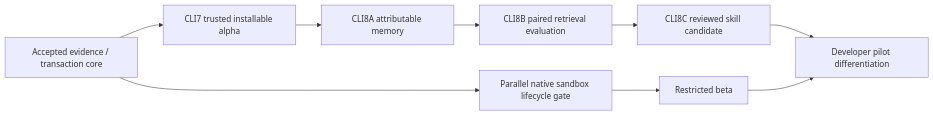
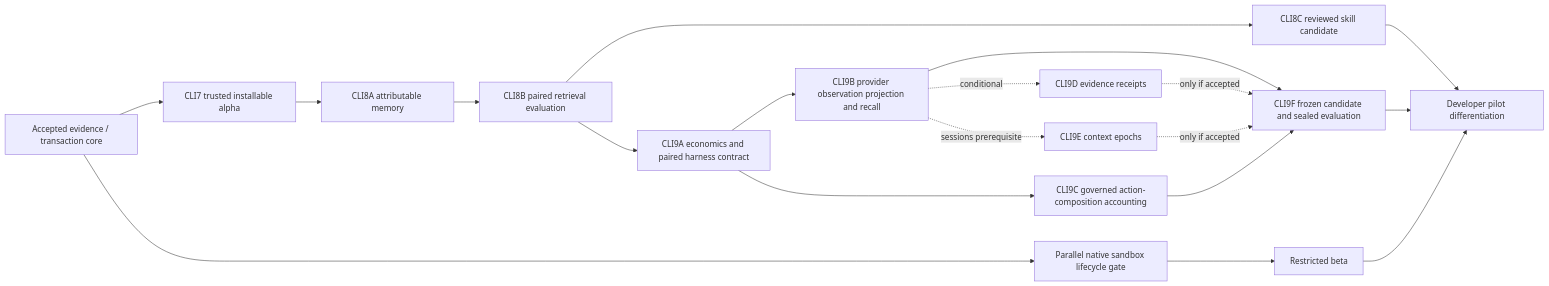
One commit to celestialcactus/forge-engine changed the second of 2 diagrams in docs/architecture/forgeengine-v1-system-map.md. Above: the diagram before and after it, drawn with Mermaid. The commit also changed other lines of this file and 4 other files, not shown here.

Commit message:
docs: define CLI9 harness efficiency review

````diff
--- a/docs/architecture/forgeengine-v1-system-map.md
+++ b/docs/architecture/forgeengine-v1-system-map.md
@@ -78,11 +85,21 @@
 ```mermaid
 flowchart LR
     CORE["Accepted evidence / transaction core"] --> ALPHA["CLI7 trusted installable alpha"]
     ALPHA --> MEM["CLI8A attributable memory"]
     MEM --> EVAL["CLI8B paired retrieval evaluation"]
     EVAL --> SKILL["CLI8C reviewed skill candidate"]
+    EVAL --> ECON["CLI9A economics and paired harness contract"]
+    ECON --> OBS["CLI9B provider observation projection and recall"]
+    ECON --> FUSION["CLI9C governed action-composition accounting"]
+    OBS --> HEVAL["CLI9F frozen candidate and sealed evaluation"]
+    FUSION --> HEVAL
+    OBS -. "conditional" .-> REDUCE["CLI9D evidence receipts"]
+    OBS -. "sessions prerequisite" .-> COMPACT["CLI9E context epochs"]
+    REDUCE -. "only if accepted" .-> HEVAL
+    COMPACT -. "only if accepted" .-> HEVAL
     CORE --> SBX["Parallel native sandbox lifecycle gate"]
     SBX --> BETA["Restricted beta"]
     SKILL --> PILOT["Developer pilot differentiation"]
+    HEVAL --> PILOT
     BETA --> PILOT
 ```
````
